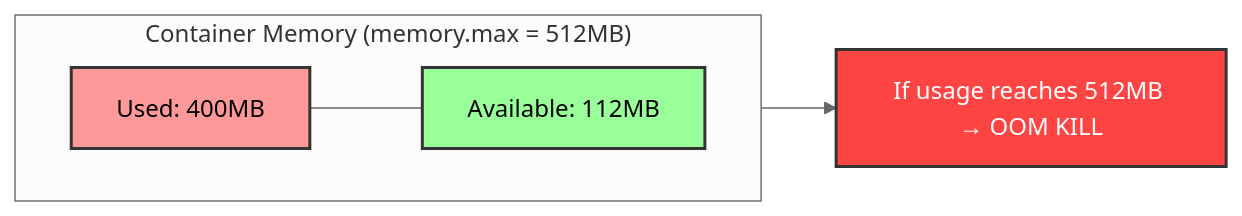
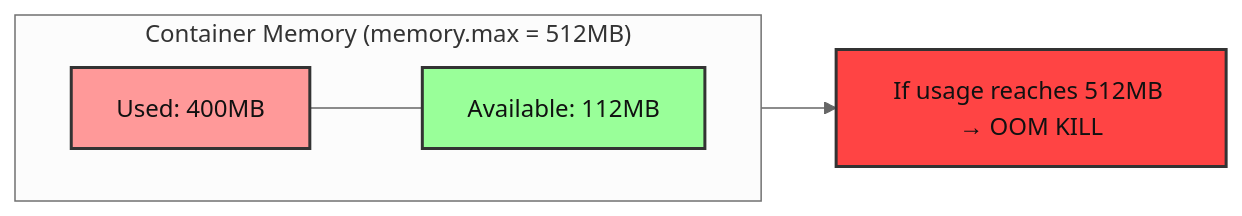
The fourth of 7 diagrams in src/content/docs/linux/foundations/container-primitives/module-2.2-cgroups.md (kube-dojo/kube-dojo.github.io), drawn with Mermaid (neutral theme) before and after one commit. The commit also changed other lines of this file and 16 other files, not shown here.

Commit message:
fix(content): complete English diagram foregrounds (#3446)

````diff
--- a/src/content/docs/linux/foundations/container-primitives/module-2.2-cgroups.md
+++ b/src/content/docs/linux/foundations/container-primitives/module-2.2-cgroups.md
@@ -178,12 +178,12 @@
 ```mermaid
 flowchart LR
     subgraph Container_Memory ["Container Memory (memory.max = 512MB)"]
         direction LR
         U["Used: 400MB"] --- A["Available: 112MB"]
     end
     Container_Memory --> OOM["If usage reaches 512MB → OOM KILL"]
     
-    style U fill:#ff9999,stroke:#333,stroke-width:2px
-    style A fill:#99ff99,stroke:#333,stroke-width:2px
-    style OOM fill:#ff4444,color:white,stroke:#333,stroke-width:2px
+    style U fill:#ff9999,stroke:#333,stroke-width:2px,color:#111
+    style A fill:#99ff99,stroke:#333,stroke-width:2px,color:#111
+    style OOM fill:#ff4444,color:#111,stroke:#333,stroke-width:2px
 ```
````
